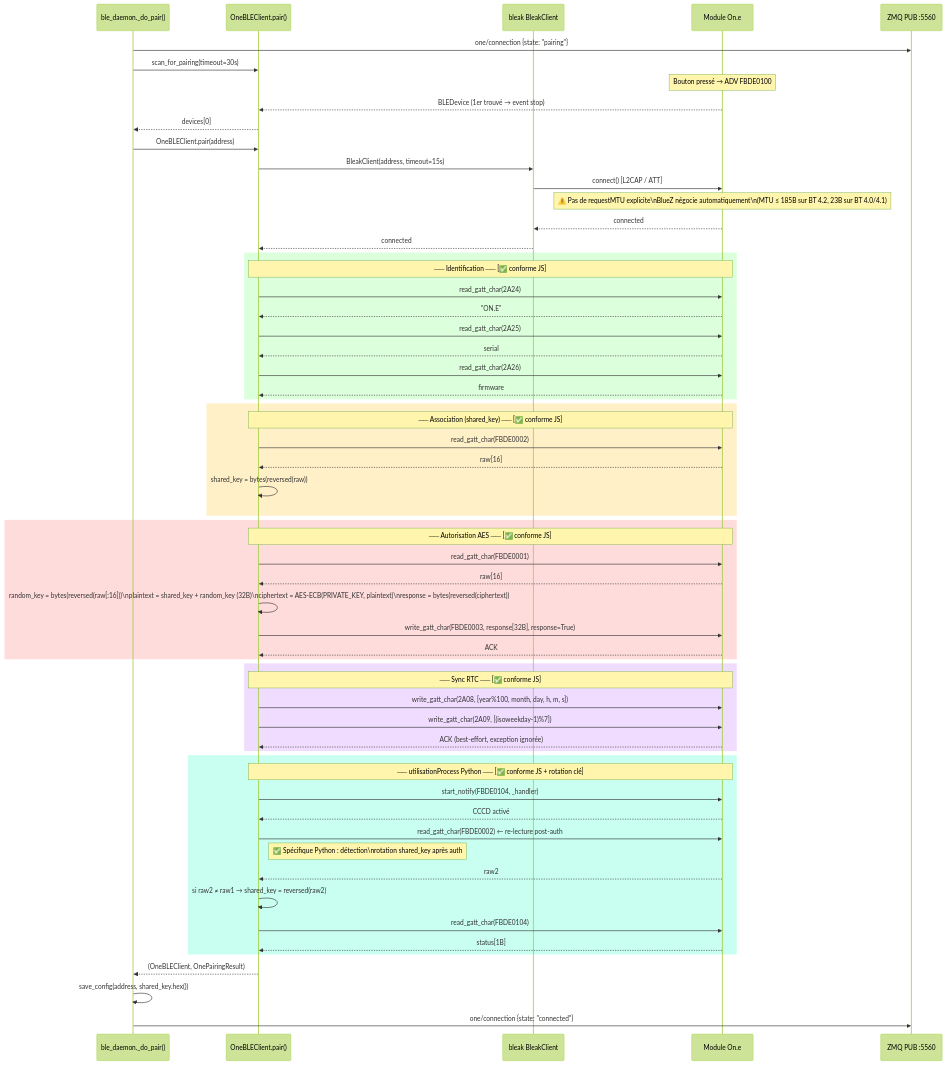
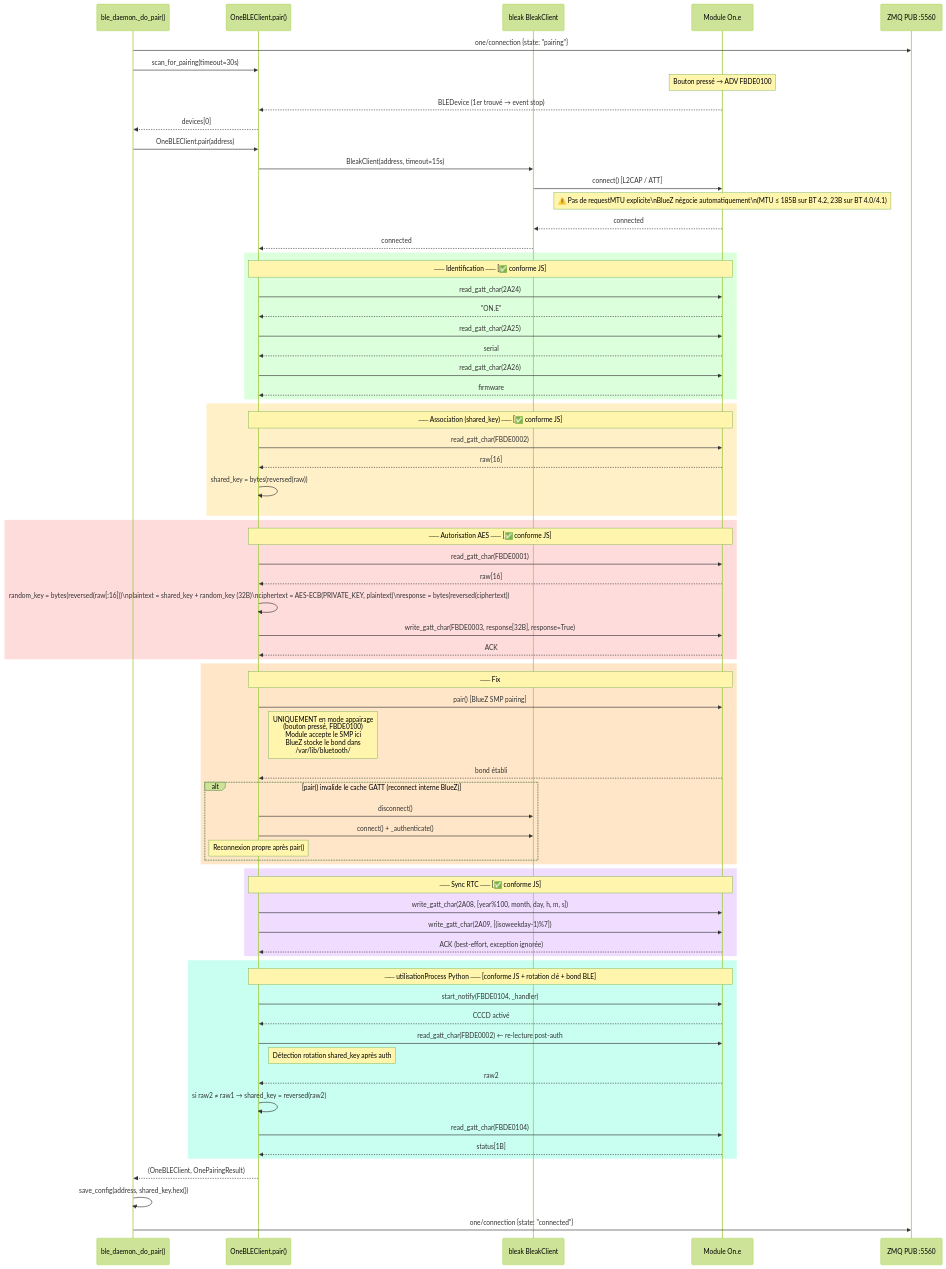
Before and after one commit to LoneWanderer-GH/pyOn.e: the diagram in docs/diagrams/python/02_sequence_pairing.md, drawn with Mermaid (forest theme). The commit also changed 5 other files, not shown here.

First line of the commit message:
fix(ble): move BLE SMP pair() to OneBLEClient.pair() (pairing mode only)

````diff
--- a/docs/diagrams/python/02_sequence_pairing.md
+++ b/docs/diagrams/python/02_sequence_pairing.md
@@ -6,71 +6,81 @@
 ```mermaid
 sequenceDiagram
     participant D as ble_daemon._do_pair()
     participant C as OneBLEClient.pair()
     participant BL as bleak BleakClient
     participant Dev as Module On.e
     participant ZMQ as ZMQ PUB :5560
 
     D->>ZMQ: one/connection {state: "pairing"}
 
     D->>C: scan_for_pairing(timeout=30s)
     Note over Dev: Bouton pressé → ADV FBDE0100
     Dev-->>C: BLEDevice (1er trouvé → event stop)
     C-->>D: devices[0]
 
     D->>C: OneBLEClient.pair(address)
     C->>BL: BleakClient(address, timeout=15s)
     BL->>Dev: connect() [L2CAP / ATT]
     Note over Dev: ⚠️ Pas de requestMTU explicite\nBlueZ négocie automatiquement\n(MTU ≤ 185B sur BT 4.2, 23B sur BT 4.0/4.1)
     Dev-->>BL: connected
     BL-->>C: connected
 
     rect rgb(220, 255, 220)
         Note over C,Dev: ── Identification ── [✅ conforme JS]
         C->>Dev: read_gatt_char(2A24)
         Dev-->>C: "ON.E"
         C->>Dev: read_gatt_char(2A25)
         Dev-->>C: serial
         C->>Dev: read_gatt_char(2A26)
         Dev-->>C: firmware
     end
 
     rect rgb(255, 240, 200)
         Note over C,Dev: ── Association (shared_key) ── [✅ conforme JS]
         C->>Dev: read_gatt_char(FBDE0002)
         Dev-->>C: raw[16]
         C->>C: shared_key = bytes(reversed(raw))
     end
 
     rect rgb(255, 220, 220)
         Note over C,Dev: ── Autorisation AES ── [✅ conforme JS]
         C->>Dev: read_gatt_char(FBDE0001)
         Dev-->>C: raw[16]
         C->>C: random_key = bytes(reversed(raw[:16]))\nplaintext = shared_key + random_key (32B)\nciphertext = AES-ECB(PRIVATE_KEY, plaintext)\nresponse = bytes(reversed(ciphertext))
         C->>Dev: write_gatt_char(FBDE0003, response[32B], response=True)
         Dev-->>C: ACK
     end
-
+    rect rgb(255, 230, 200)
+        Note over C,Dev: ── Fix #2 — Bonding BLE (SMP pair) ──
+        C->>Dev: pair() [BlueZ SMP pairing]
+        Note right of C: UNIQUEMENT en mode appairage<br/>(bouton pressé, FBDE0100)<br/>Module accepte le SMP ici<br/>BlueZ stocke le bond dans<br/>/var/lib/bluetooth/
+        Dev-->>C: bond établi
+        alt pair() invalide le cache GATT (reconnect interne BlueZ)
+            C->>BL: disconnect()
+            C->>BL: connect() + _authenticate()
+            Note over C: Reconnexion propre après pair()
+        end
+    end
     rect rgb(240, 220, 255)
         Note over C,Dev: ── Sync RTC ── [✅ conforme JS]
         C->>Dev: write_gatt_char(2A08, [year%100, month, day, h, m, s])
         C->>Dev: write_gatt_char(2A09, [(isoweekday-1)%7])
         Dev-->>C: ACK (best-effort, exception ignorée)
     end
 
     rect rgb(200, 255, 240)
-        Note over C,Dev: ── utilisationProcess Python ── [✅ conforme JS + rotation clé]
+        Note over C,Dev: ── utilisationProcess Python ── [conforme JS + rotation clé + bond BLE]
         C->>Dev: start_notify(FBDE0104, _handler)
         Dev-->>C: CCCD activé
         C->>Dev: read_gatt_char(FBDE0002) ← re-lecture post-auth
-        Note right of C: ✅ Spécifique Python : détection\nrotation shared_key après auth
+        Note right of C: Détection rotation shared_key après auth
         Dev-->>C: raw2
         C->>C: si raw2 ≠ raw1 → shared_key = reversed(raw2)
         C->>Dev: read_gatt_char(FBDE0104)
         Dev-->>C: status[1B]
     end
 
     C-->>D: (OneBLEClient, OnePairingResult)
     D->>D: save_config(address, shared_key.hex())
     D->>ZMQ: one/connection {state: "connected"}
 ```
````
